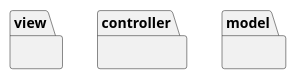
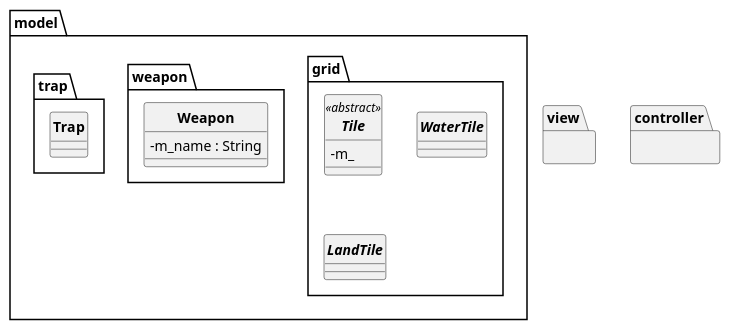
The diagram in Battleship/uml/Battleship.puml (thomasbarseghian/Bataille-Navale), drawn with PlantUML before and after one commit.

Commit message:
Ajout des classes Trap, Weapon, Tile, WaterTile, LandTile dans l'UML

```diff
--- a/Battleship/uml/Battleship.puml
+++ b/Battleship/uml/Battleship.puml
@@ -1,19 +1,52 @@
 @startuml
 skinparam style strictuml
 skinparam classAttributeIconSize 0
 skinparam classFontStyle Bold
 
 package view
 {
 }
 
 
 package controller
 {
 }
 
 package model
 {
+    package grid
+    {
+        abstract class Tile <<abstract>>
+        {
+            -m_
+        }
+        abstract class WaterTile
+        {
+
+        }
+        abstract class LandTile
+        {
+
+        }
+
+    }
+    package weapon
+    {
+        class Weapon
+        {
+            -m_name : String
+        }
+    }
+    package trap
+    {
+        class Trap
+        {
+        }
+    }
+
+
 
 }
+
+
 @enduml
```
